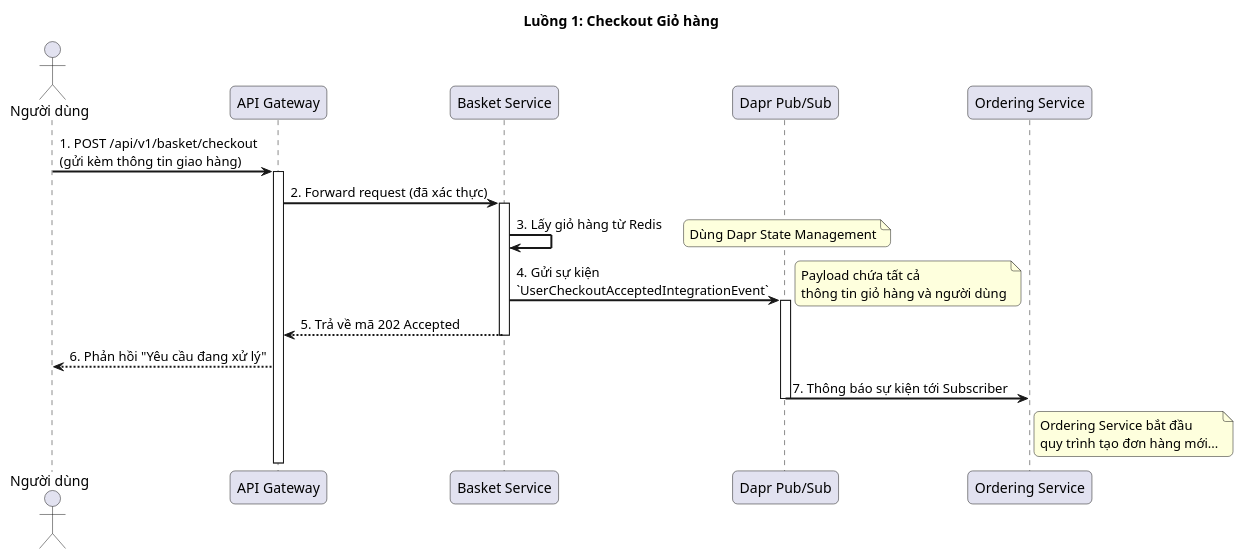
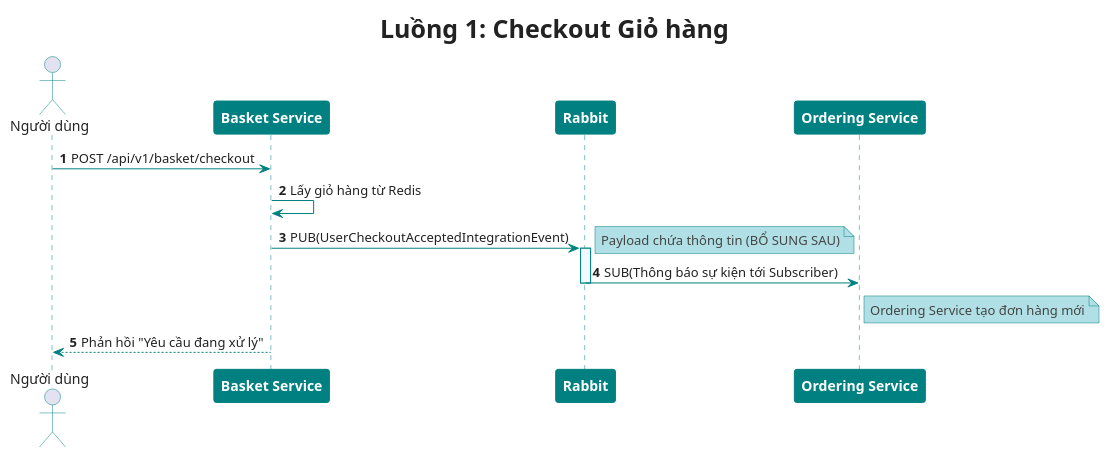
One commit to MinhTrinh04/Beef-Restaurant changed the diagram in Backend/SEQ/Basket/CheckBasket.puml. Above: the diagram before and after it, drawn with PlantUML. The commit also changed 9 other files, not shown here.

Commit message:
Refactor + fix seq diagram

```diff
--- a/Backend/SEQ/Basket/CheckBasket.puml
+++ b/Backend/SEQ/Basket/CheckBasket.puml
@@ -1,36 +1,60 @@
 @startuml
-skinparam handwritten false
-skinparam sequenceArrowThickness 2
-skinparam roundcorner 10
-skinparam sequenceParticipant padding 15
+'https://plantuml.com/sequence-diagram
+skinparam shadowing false
+skinparam responseMessageBelowArrow false
+skinparam DefaultFontColor #222
+skinparam TitleFontSize 25
+skinparam NoteBorderColor #teal
+skinparam NoteBackgroundColor #powderblue
+skinparam NoteFontColor 444
+skinparam DatabaseBorderColor #teal
+skinparam DatabaseBackgroundColor #bisque
+skinparam sequence {
+ParticipantBorderThickness 1
+ParticipantBorderColor #teal
+ParticipantBackgroundColor #teal
+ParticipantFontColor #white
+ParticipantFontSize 14
+ParticipantFontStyle bold
+LifeLineBorderColor #teal
+LifeLineBackgroundColor #aliceblue
+ArrowColor #teal
+ActorBorderColor #teal
+GroupBorderThickness 1
+GroupBorderColor #teal
+GroupHeaderFontColor #white
+GroupBackgroundColor #teal
+GroupFontColor #teal
+ReferenceBorderThickness 1
+ReferenceBorderColor #teal
+ReferenceBackgroundColor #aliceblue
+ReferenceHeaderBackgroundColor #white
+ReferenceFontColor #teal
+}
+autonumber
 
 title Luồng 1: Checkout Giỏ hàng
 
 actor "Người dùng" as User
-participant "API Gateway" as Gateway
-participant "Basket Service" as BasketSvc
-participant "Dapr Pub/Sub" as PubSub
-participant "Ordering Service" as OrderingSvc
 
-User -> Gateway: 1. POST /api/v1/basket/checkout\n(gửi kèm thông tin giao hàng)
-activate Gateway
+participant "Basket Service" as Basket
+participant "Rabbit" as MB
+participant "Ordering Service" as Ordering
 
-Gateway -> BasketSvc: 2. Forward request (đã xác thực)
-activate BasketSvc
+User -> Basket: POST /api/v1/basket/checkout
 
-BasketSvc -> BasketSvc: 3. Lấy giỏ hàng từ Redis
-note right: Dùng Dapr State Management
+Basket -> Basket: Lấy giỏ hàng từ Redis
 
-BasketSvc -> PubSub: 4. Gửi sự kiện\n`UserCheckoutAcceptedIntegrationEvent`
-activate PubSub
-note right: Payload chứa tất cả\nthông tin giỏ hàng và người dùng
+Basket -> MB: PUB(UserCheckoutAcceptedIntegrationEvent)
+activate MB
+note right: Payload chứa thông tin (BỔ SUNG SAU)
 
-BasketSvc --> Gateway: 5. Trả về mã 202 Accepted
-deactivate BasketSvc
-Gateway --> User: 6. Phản hồi "Yêu cầu đang xử lý"
+MB -> Ordering: SUB(Thông báo sự kiện tới Subscriber)
+deactivate MB
+note right of Ordering: Ordering Service tạo đơn hàng mới
 
-PubSub -> OrderingSvc: 7. Thông báo sự kiện tới Subscriber
-deactivate PubSub
-note right of OrderingSvc: Ordering Service bắt đầu\nquy trình tạo đơn hàng mới...
+Basket --> User: Phản hồi "Yêu cầu đang xử lý"
+
+
 
 @enduml
```
